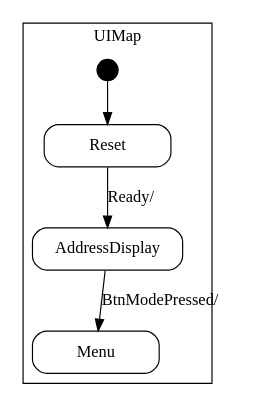
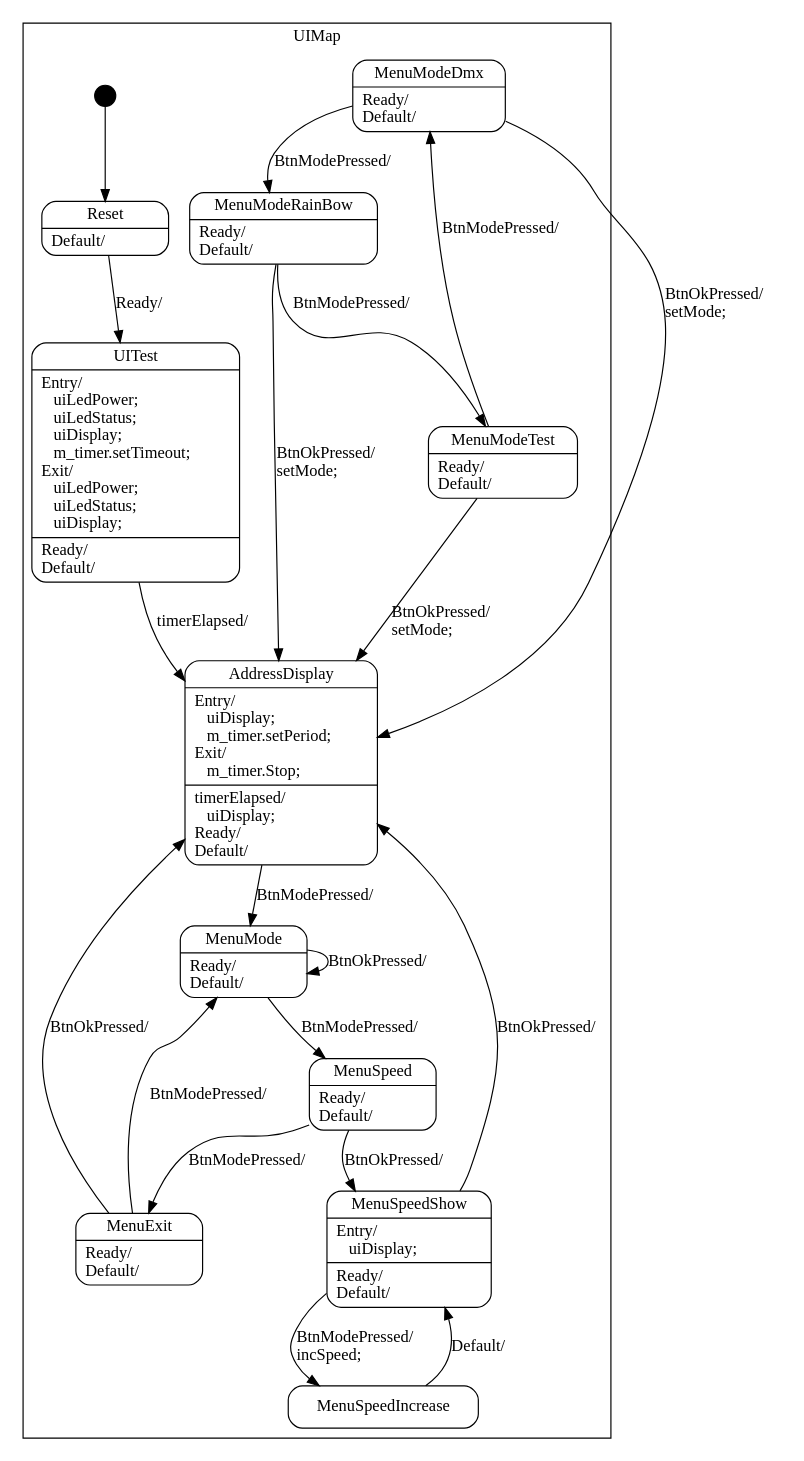
The diagram in SMC/UserInterfaceFSM.dot (EmbeddedSystemClass/FootlooseLogoController), drawn with Graphviz before and after one commit. The commit also changed 16 other files, not shown here.

```diff
--- a/SMC/UserInterfaceFSM.dot
+++ b/SMC/UserInterfaceFSM.dot
@@ -1,40 +1,112 @@
 digraph UserInterface {
 
     node
         [shape=Mrecord width=1.5];
 
     subgraph cluster_UIMap {
 
         label="UIMap";
 
         //
         // States (Nodes)
         //
 
         "UIMap::Reset"
-            [label="{Reset}"];
+            [label="{Reset|Default/\l}"];
+
+        "UIMap::UITest"
+            [label="{UITest|Entry/\l&nbsp;&nbsp;&nbsp;uiLedPower;\l&nbsp;&nbsp;&nbsp;uiLedStatus;\l&nbsp;&nbsp;&nbsp;uiDisplay;\l&nbsp;&nbsp;&nbsp;m_timer.setTimeout;\lExit/\l&nbsp;&nbsp;&nbsp;uiLedPower;\l&nbsp;&nbsp;&nbsp;uiLedStatus;\l&nbsp;&nbsp;&nbsp;uiDisplay;\l|Ready/\lDefault/\l}"];
 
         "UIMap::AddressDisplay"
-            [label="{AddressDisplay}"];
+            [label="{AddressDisplay|Entry/\l&nbsp;&nbsp;&nbsp;uiDisplay;\l&nbsp;&nbsp;&nbsp;m_timer.setPeriod;\lExit/\l&nbsp;&nbsp;&nbsp;m_timer.Stop;\l|timerElapsed/\l&nbsp;&nbsp;&nbsp;uiDisplay;\lReady/\lDefault/\l}"];
 
-        "UIMap::Menu"
-            [label="{Menu}"];
+        "UIMap::MenuMode"
+            [label="{MenuMode|Ready/\lDefault/\l}"];
+
+        "UIMap::MenuSpeed"
+            [label="{MenuSpeed|Ready/\lDefault/\l}"];
+
+        "UIMap::MenuExit"
+            [label="{MenuExit|Ready/\lDefault/\l}"];
+
+        "UIMap::MenuModeDmx"
+            [label="{MenuModeDmx|Ready/\lDefault/\l}"];
+
+        "UIMap::MenuModeRainBow"
+            [label="{MenuModeRainBow|Ready/\lDefault/\l}"];
+
+        "UIMap::MenuModeTest"
+            [label="{MenuModeTest|Ready/\lDefault/\l}"];
+
+        "UIMap::MenuSpeedShow"
+            [label="{MenuSpeedShow|Entry/\l&nbsp;&nbsp;&nbsp;uiDisplay;\l|Ready/\lDefault/\l}"];
+
+        "UIMap::MenuSpeedIncrease"
+            [label="{MenuSpeedIncrease}"];
 
         "%start"
             [label="" shape=circle style=filled fillcolor=black width=0.25];
 
     }
 
     //
     // Transitions (Edges)
     //
 
-    "UIMap::Reset" -> "UIMap::AddressDisplay"
+    "UIMap::Reset" -> "UIMap::UITest"
         [label="Ready/\l"];
 
-    "UIMap::AddressDisplay" -> "UIMap::Menu"
+    "UIMap::UITest" -> "UIMap::AddressDisplay"
+        [label="timerElapsed/\l"];
+
+    "UIMap::AddressDisplay" -> "UIMap::MenuMode"
         [label="BtnModePressed/\l"];
+
+    "UIMap::MenuMode" -> "UIMap::MenuMode"
+        [label="BtnOkPressed/\l"];
+
+    "UIMap::MenuMode" -> "UIMap::MenuSpeed"
+        [label="BtnModePressed/\l"];
+
+    "UIMap::MenuSpeed" -> "UIMap::MenuSpeedShow"
+        [label="BtnOkPressed/\l"];
+
+    "UIMap::MenuSpeed" -> "UIMap::MenuExit"
+        [label="BtnModePressed/\l"];
+
+    "UIMap::MenuExit" -> "UIMap::AddressDisplay"
+        [label="BtnOkPressed/\l"];
+
+    "UIMap::MenuExit" -> "UIMap::MenuMode"
+        [label="BtnModePressed/\l"];
+
+    "UIMap::MenuModeDmx" -> "UIMap::MenuModeRainBow"
+        [label="BtnModePressed/\l"];
+
+    "UIMap::MenuModeDmx" -> "UIMap::AddressDisplay"
+        [label="BtnOkPressed/\lsetMode;\l"];
+
+    "UIMap::MenuModeRainBow" -> "UIMap::MenuModeTest"
+        [label="BtnModePressed/\l"];
+
+    "UIMap::MenuModeRainBow" -> "UIMap::AddressDisplay"
+        [label="BtnOkPressed/\lsetMode;\l"];
+
+    "UIMap::MenuModeTest" -> "UIMap::MenuModeDmx"
+        [label="BtnModePressed/\l"];
+
+    "UIMap::MenuModeTest" -> "UIMap::AddressDisplay"
+        [label="BtnOkPressed/\lsetMode;\l"];
+
+    "UIMap::MenuSpeedShow" -> "UIMap::MenuSpeedIncrease"
+        [label="BtnModePressed/\lincSpeed;\l"];
+
+    "UIMap::MenuSpeedShow" -> "UIMap::AddressDisplay"
+        [label="BtnOkPressed/\l"];
+
+    "UIMap::MenuSpeedIncrease" -> "UIMap::MenuSpeedShow"
+        [label="Default/\l"];
 
     "%start" -> "UIMap::Reset"
 
 }
```
